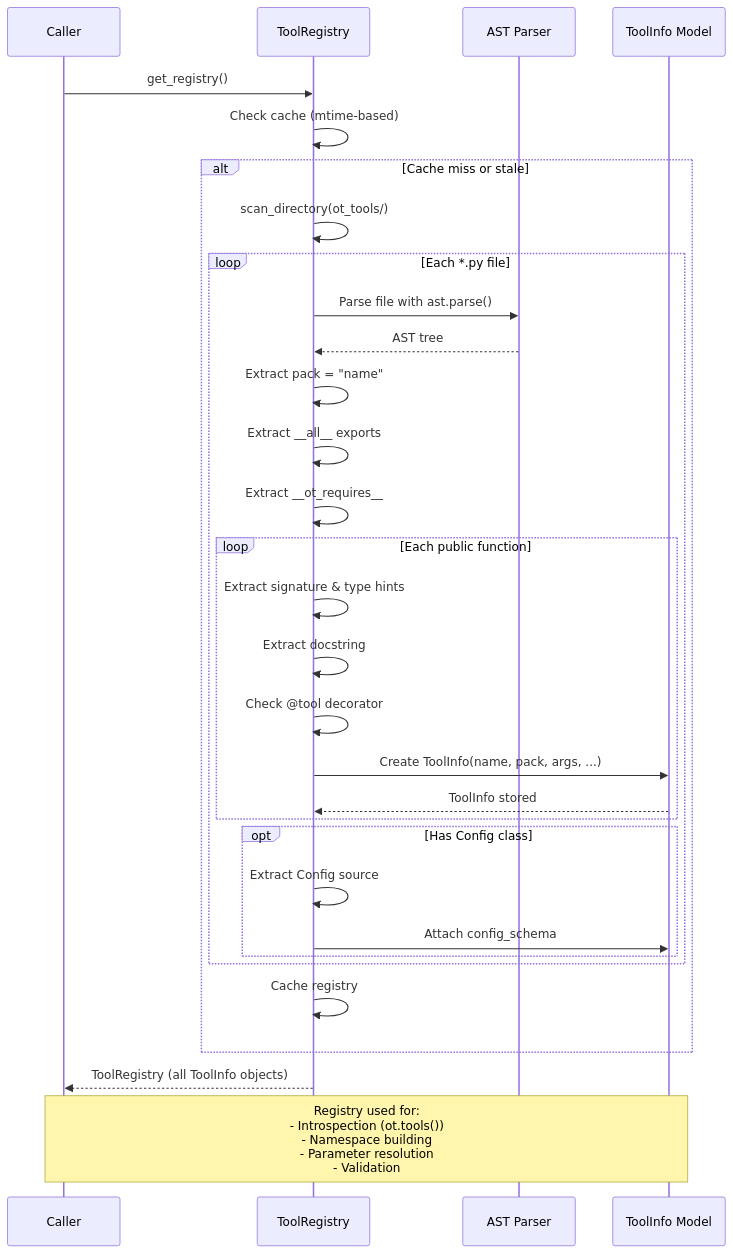
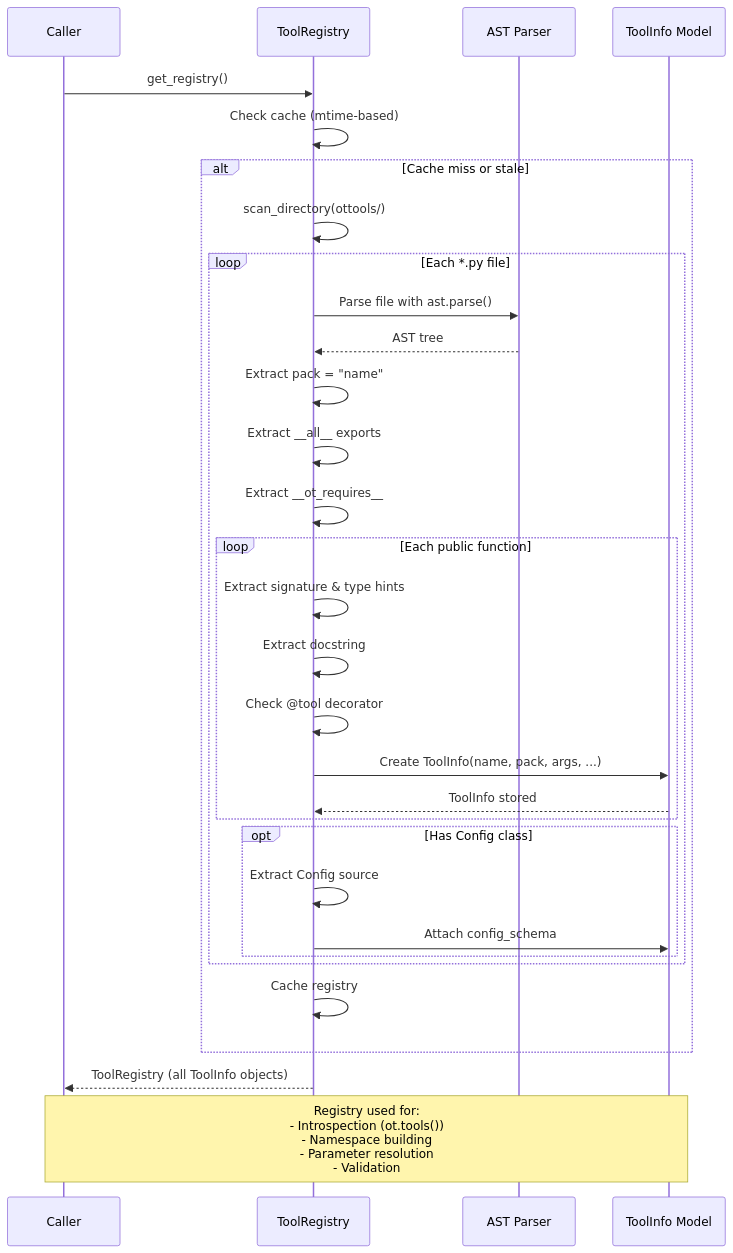
One commit to robertpelloni/onetool-mcp changed the diagram in dev/project/arch/registry-system.md. Above: the diagram before and after it, drawn with Mermaid. The commit also changed 63 other files, not shown here.

Commit message:
refactor: rename ot_tools to ottools, transform to llm; restructure tests/specs

````diff
--- a/dev/project/arch/registry-system.md
+++ b/dev/project/arch/registry-system.md
@@ -16,40 +16,40 @@
 ```mermaid
 sequenceDiagram
     participant C as Caller
     participant R as ToolRegistry
     participant A as AST Parser
     participant M as ToolInfo Model
 
     C->>R: get_registry()
     R->>R: Check cache (mtime-based)
 
     alt Cache miss or stale
-        R->>R: scan_directory(ot_tools/)
+        R->>R: scan_directory(ottools/)
         loop Each *.py file
             R->>A: Parse file with ast.parse()
             A-->>R: AST tree
 
             R->>R: Extract pack = "name"
             R->>R: Extract __all__ exports
             R->>R: Extract __ot_requires__
 
             loop Each public function
                 R->>R: Extract signature & type hints
                 R->>R: Extract docstring
                 R->>R: Check @tool decorator
                 R->>M: Create ToolInfo(name, pack, args, ...)
                 M-->>R: ToolInfo stored
             end
 
             opt Has Config class
                 R->>R: Extract Config source
                 R->>M: Attach config_schema
             end
         end
         R->>R: Cache registry
     end
 
     R-->>C: ToolRegistry (all ToolInfo objects)
 
     Note over C,M: Registry used for:<br/>- Introspection (ot.tools())<br/>- Namespace building<br/>- Parameter resolution<br/>- Validation
 ```
````
